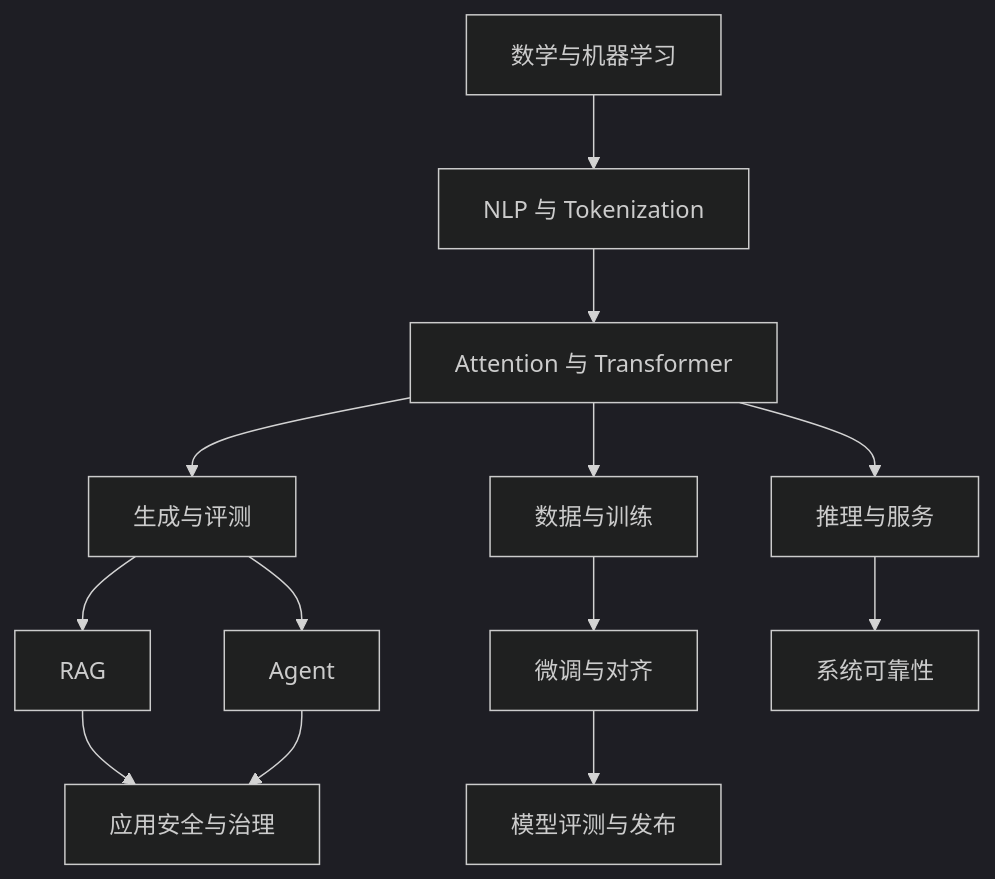
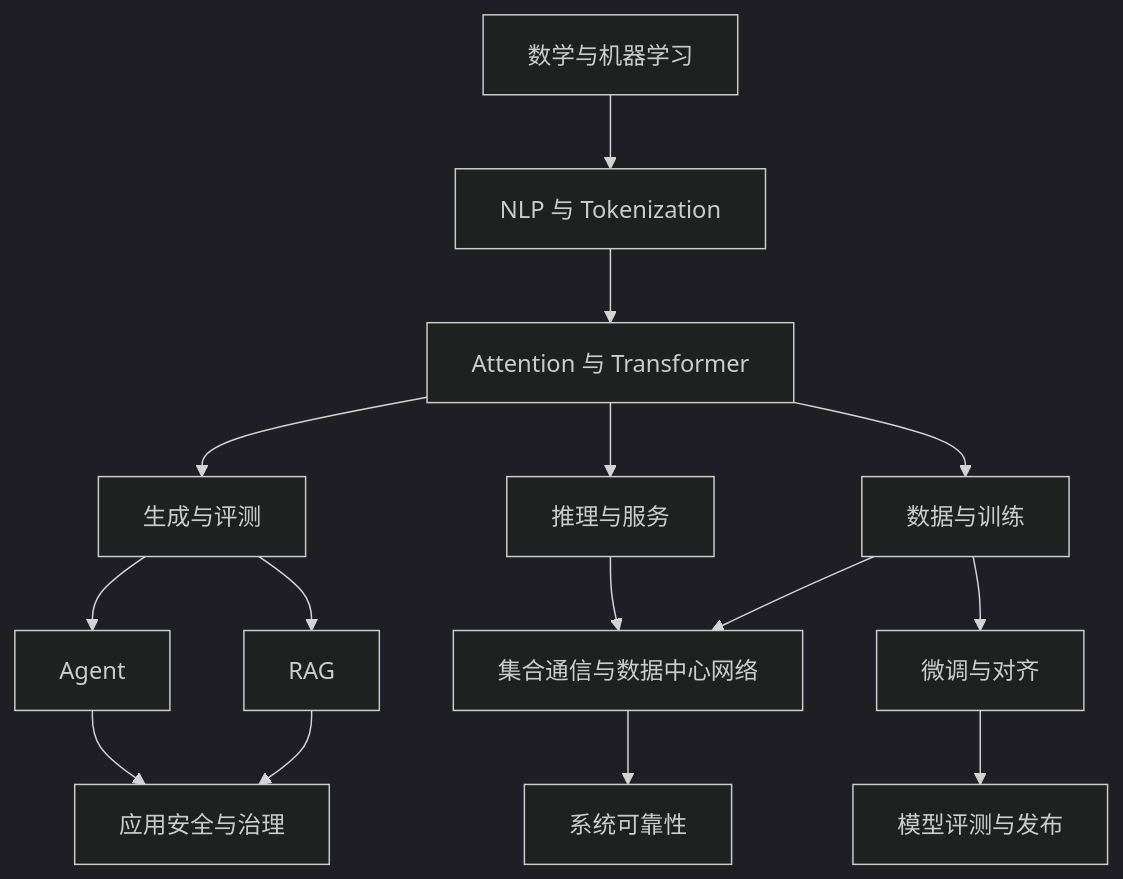
The diagram in docs/guide/knowledge-map.md (NightLemon/about-llm), drawn with Mermaid (dark theme) before and after one commit. The commit also changed other lines of this file and 13 other files, not shown here.

````diff
--- a/docs/guide/knowledge-map.md
+++ b/docs/guide/knowledge-map.md
@@ -9,15 +9,17 @@
 ```mermaid
 flowchart TD
   A[数学与机器学习] --> B[NLP 与 Tokenization]
   B --> C[Attention 与 Transformer]
   C --> D[生成与评测]
   C --> E[数据与训练]
   D --> F[RAG]
   D --> G[Agent]
   C --> H[推理与服务]
+  E --> M[集合通信与数据中心网络]
+  H --> M
   E --> I[微调与对齐]
   F --> J[应用安全与治理]
   G --> J
-  H --> K[系统可靠性]
+  M --> K[系统可靠性]
   I --> L[模型评测与发布]
 ```
````
